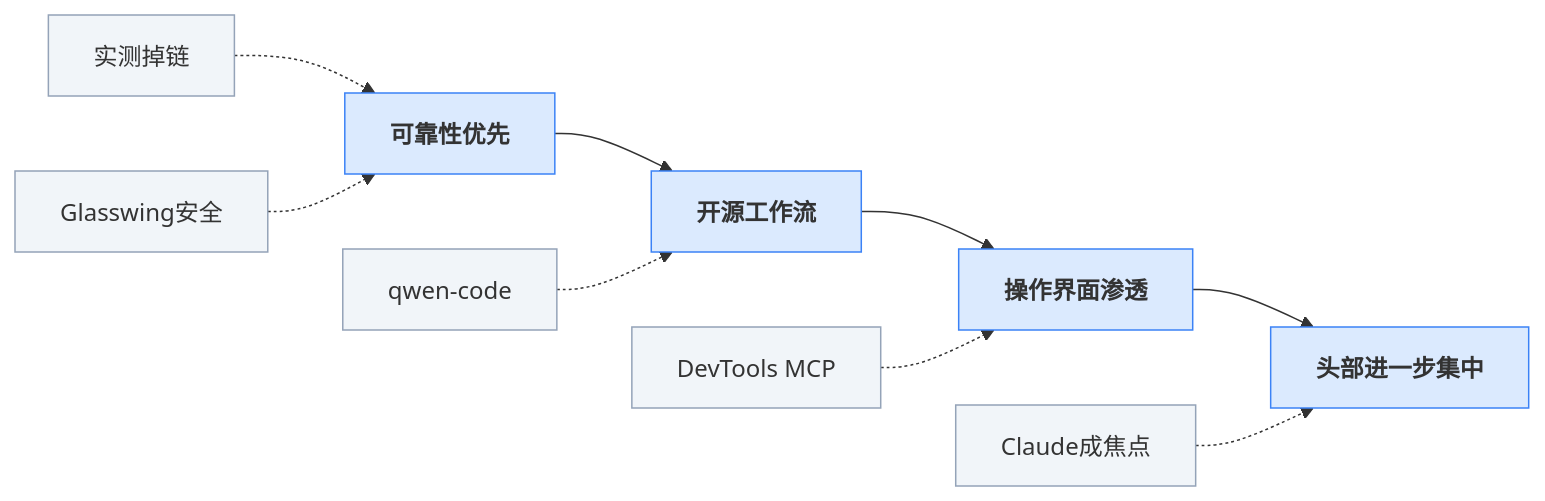
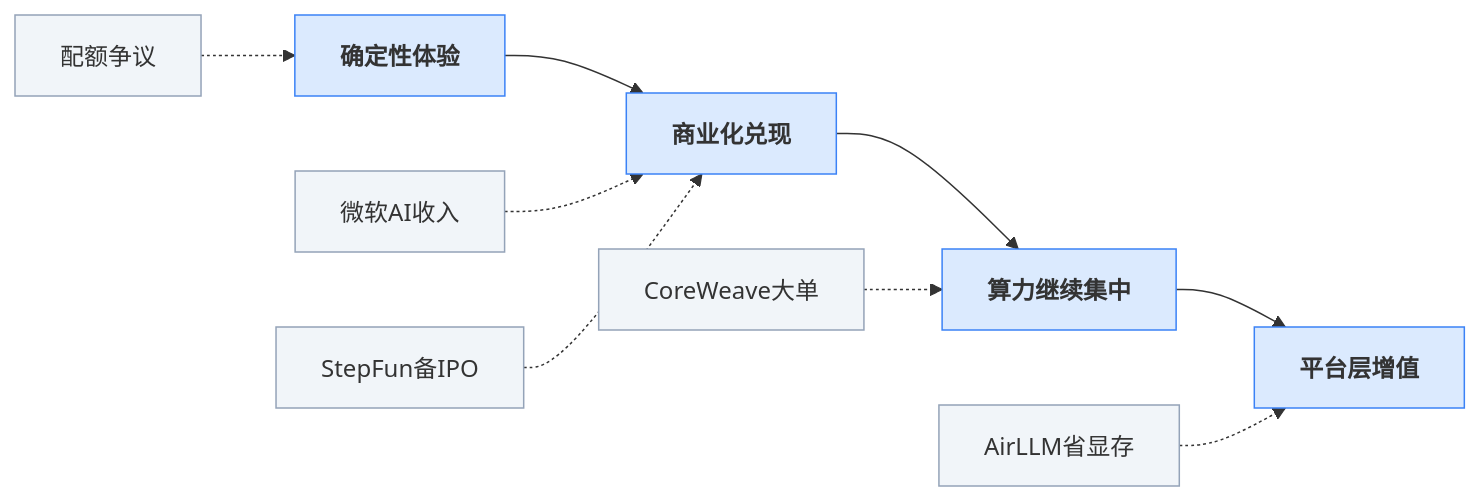
Before and after one commit to ylzsdafei/ai-daily-site: the fourth of 4 diagrams in content/cn/blog/weekly/2026-W16.md, drawn with Mermaid. The commit also changed other lines of this file and 1 other file, not shown here.

Commit message:
feat: 图谱移到文字前面（先看图再看分析）

````diff
--- a/content/cn/blog/weekly/2026-W16.md
+++ b/content/cn/blog/weekly/2026-W16.md
@@ -125,15 +109,13 @@
 ```mermaid
 graph LR
-A[可靠性优先] --> B[开源工作流]
-B --> C[操作界面渗透]
-C --> D[头部进一步集中]
-E[实测掉链] -.-> A
-F[Glasswing安全] -.-> A
-G[qwen-code] -.-> B
-H[DevTools MCP] -.-> C
-I[Claude成焦点] -.-> D
-classDef trend fill:#dbeafe,stroke:#3b82f6,font-weight:bold
-classDef event fill:#f1f5f9,stroke:#94a3b8
-class A,B,C,D trend
-class E,F,G,H,I event
+    A[确定性体验] --> B[商业化兑现] --> C[算力继续集中] --> D[平台层增值]
+    E[配额争议] -.-> A
+    F[微软AI收入] -.-> B
+    G[StepFun备IPO] -.-> B
+    H[CoreWeave大单] -.-> C
+    I[AirLLM省显存] -.-> D
+    classDef trend fill:#dbeafe,stroke:#3b82f6,font-weight:bold
+    classDef event fill:#f1f5f9,stroke:#94a3b8
+    class A,B,C,D trend
+    class E,F,G,H,I event
 ```
````
